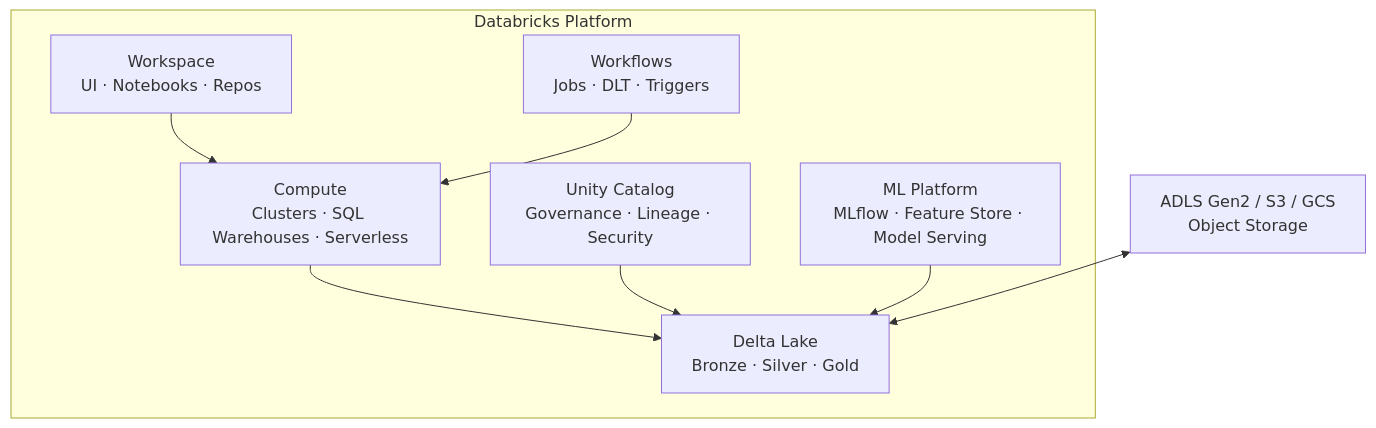
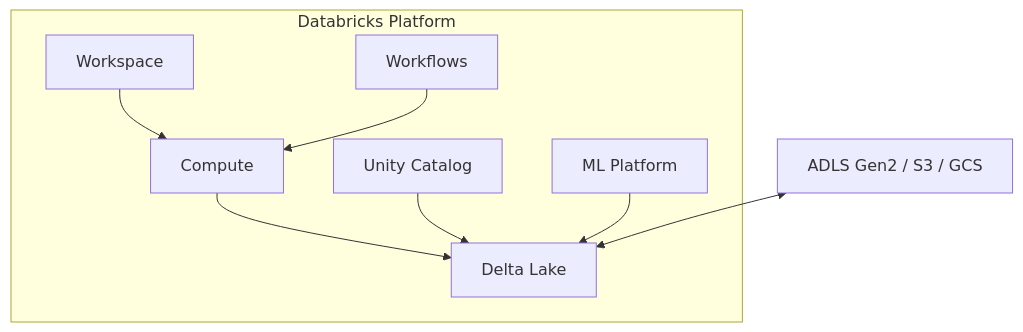
The diagram in 05-databricks/01-databricks-platform-overview.md (gcmishra7/data-engineering-helper), drawn with Mermaid before and after one commit. The commit also changed other lines of this file and 57 other files, not shown here.

First line of the commit message:
Shorten mermaid node labels to fix text truncation on GitHub

````diff
--- a/05-databricks/01-databricks-platform-overview.md
+++ b/05-databricks/01-databricks-platform-overview.md
@@ -8,19 +8,19 @@
 ```mermaid
 graph TD
     subgraph Databricks Platform
-        WS[Workspace<br/>UI · Notebooks · Repos]
-        C[Compute<br/>Clusters · SQL Warehouses · Serverless]
-        DL[Delta Lake<br/>Bronze · Silver · Gold]
-        UC[Unity Catalog<br/>Governance · Lineage · Security]
-        WF[Workflows<br/>Jobs · DLT · Triggers]
-        ML[ML Platform<br/>MLflow · Feature Store · Model Serving]
+        WS[Workspace]
+        C[Compute]
+        DL[Delta Lake]
+        UC[Unity Catalog]
+        WF[Workflows]
+        ML[ML Platform]
     end
 
     WS --> C
     C --> DL
     UC --> DL
     WF --> C
     ML --> DL
 
-    ADLS[ADLS Gen2 / S3 / GCS<br/>Object Storage] <--> DL
+    ADLS[ADLS Gen2 / S3 / GCS] <--> DL
 ```
````
